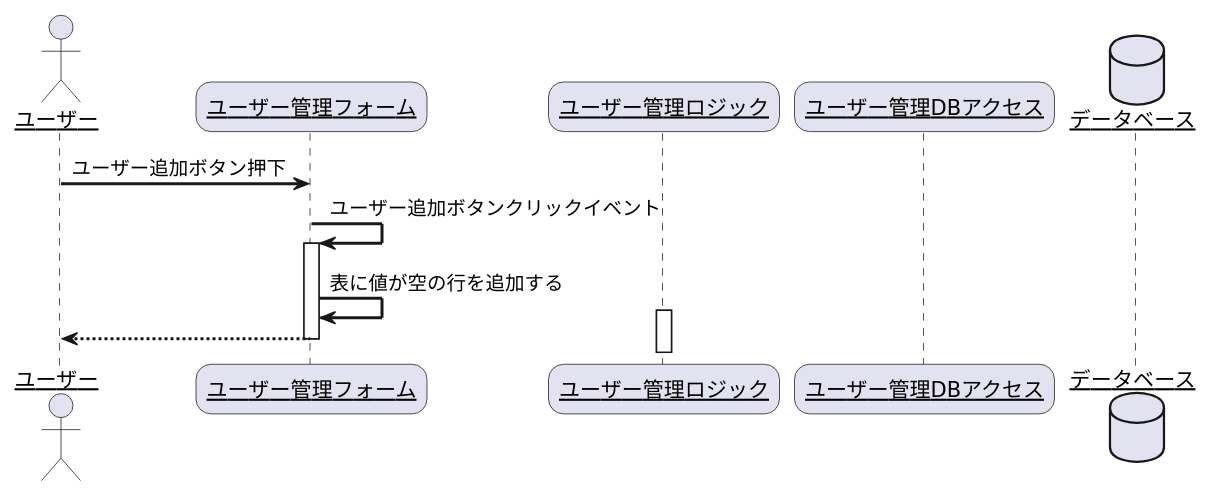
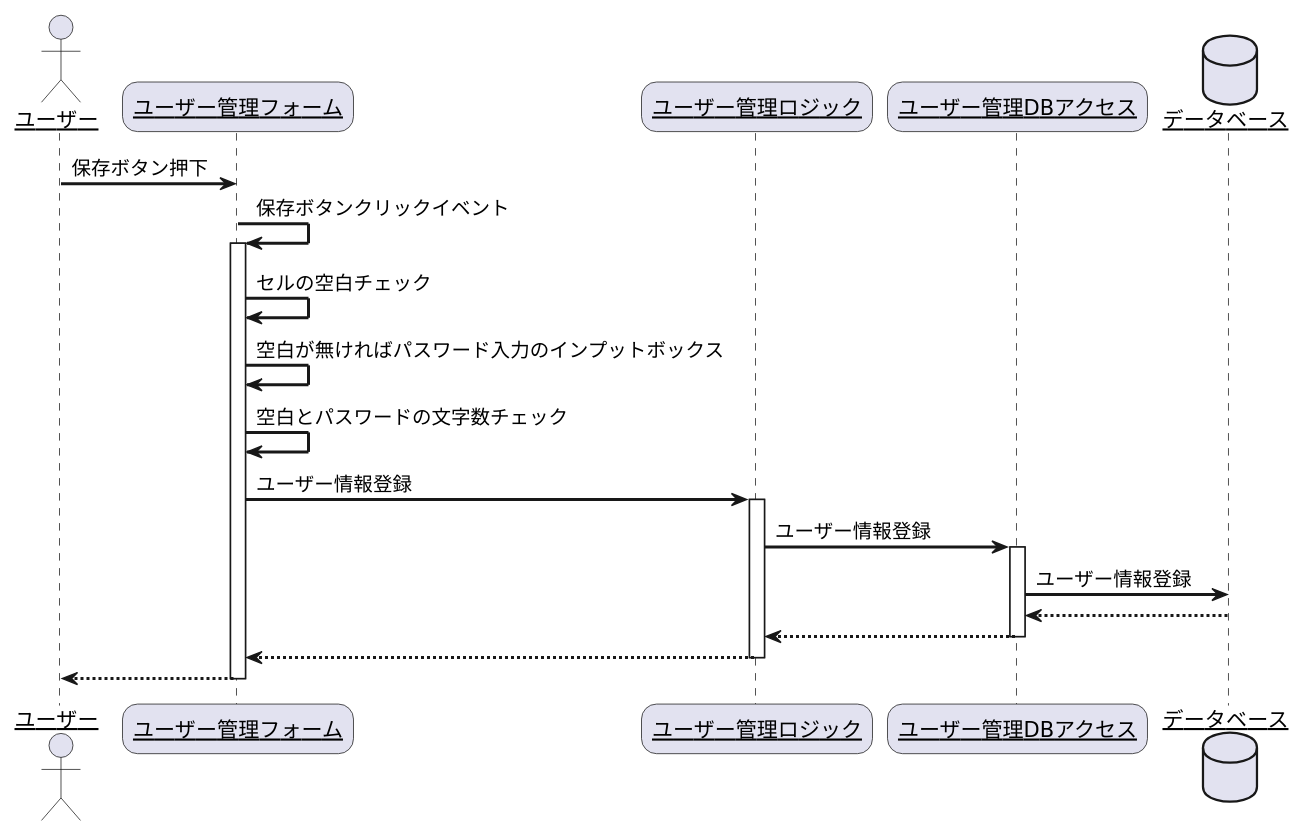
The diagram in シーケンス図/ユーザー管理/ユーザー管理_保存.pu (R-SAIKI/practiceUML), drawn with PlantUML before and after one commit. The commit also changed 1 other file, not shown here.

```diff
--- a/シーケンス図/ユーザー管理/ユーザー管理_保存.pu
+++ b/シーケンス図/ユーザー管理/ユーザー管理_保存.pu
@@ -1,24 +1,33 @@
 @startuml
 skinparam sequenceArrowThickness 2
 skinparam roundcorner 20
 skinparam maxmessagesize 60
 skinparam sequenceParticipant underline
 
 actor "ユーザー" as user
 participant "ユーザー管理フォーム" as user_admin_form
 participant "ユーザー管理ロジック" as user_admin_logic
 participant "ユーザー管理DBアクセス" as user_admin_data
 database "データベース" as db
 
 
-user -> user_admin_form: ユーザー追加ボタン押下
-user_admin_form -> user_admin_form: ユーザー追加ボタンクリックイベント
+user -> user_admin_form: 保存ボタン押下
+user_admin_form -> user_admin_form: 保存ボタンクリックイベント
 activate user_admin_form
-user_admin_form -> user_admin_form: 表に値が空の行を追加する
-
+user_admin_form -> user_admin_form: セルの空白チェック
+user_admin_form -> user_admin_form: 空白が無ければパスワード入力のインプットボックス
+user_admin_form -> user_admin_form: 空白とパスワードの文字数チェック
+user_admin_form -> user_admin_logic: ユーザー情報登録
 activate user_admin_logic
+user_admin_logic -> user_admin_data: ユーザー情報登録
+activate user_admin_data
+user_admin_data -> db: ユーザー情報登録
+db --> user_admin_data: 
+user_admin_data --> user_admin_logic: 
+deactivate user_admin_data
+user_admin_logic --> user_admin_form: 
 deactivate user_admin_logic
 user_admin_form --> user: 
 deactivate user_admin_form
 
 @enduml
```
